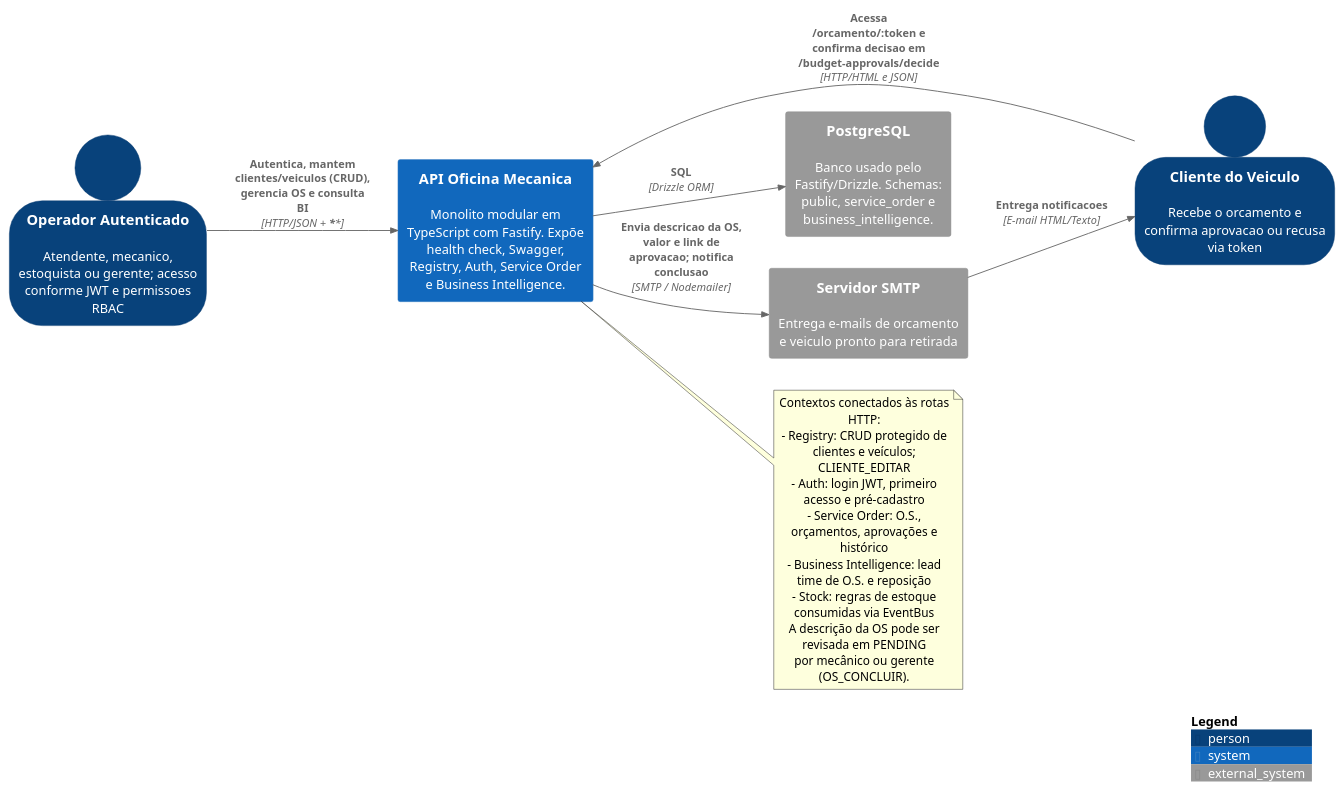
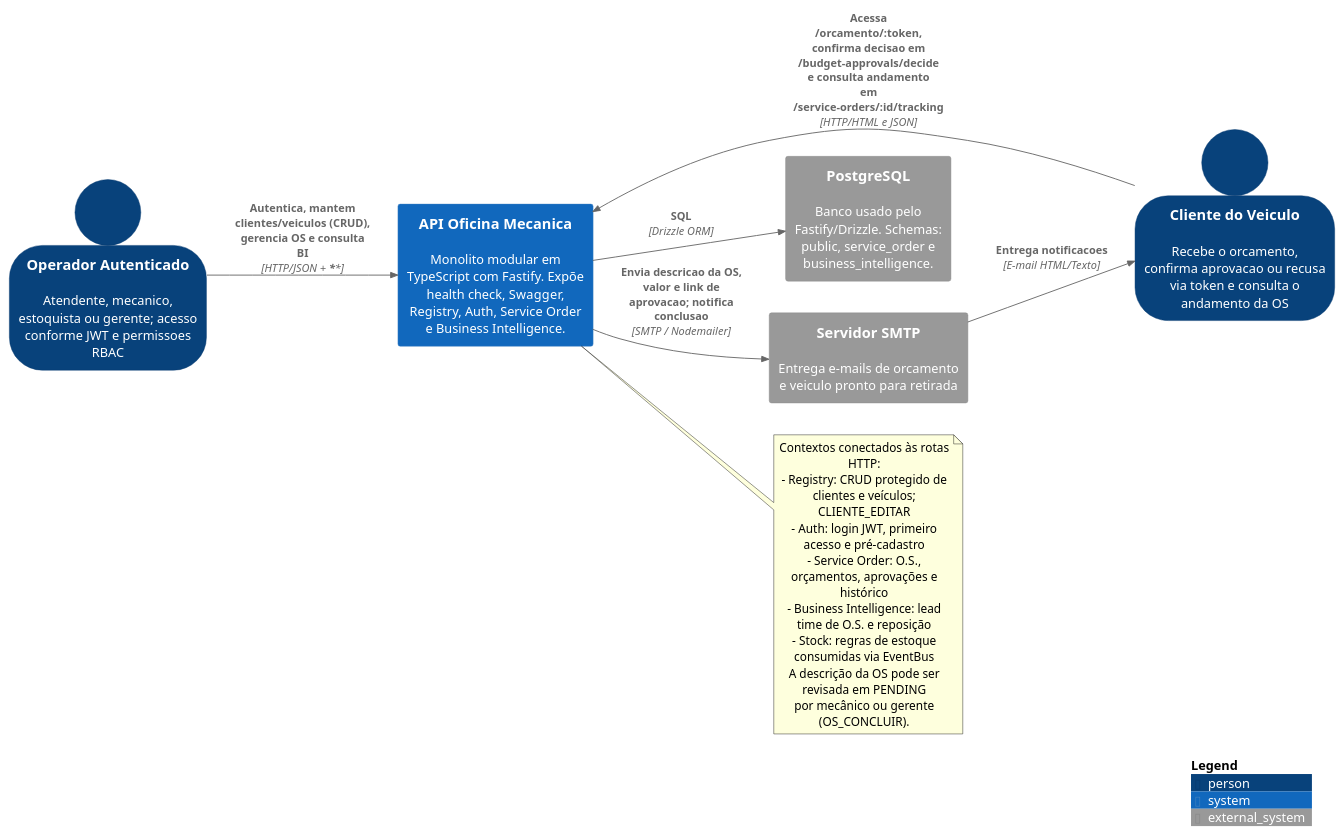
Before and after one commit to 15soat-fiap-45/api.mecanica: the diagram in docs/plantuml/c4-context.puml, drawn with PlantUML. The commit also changed 21 other files, not shown here.

First line of the commit message:
feat: permite ao cliente consultar o andamento da OS pela API

```diff
--- a/docs/plantuml/c4-context.puml
+++ b/docs/plantuml/c4-context.puml
@@ -1,30 +1,30 @@
 @startuml C4 Context - API Oficina Mecanica
 !include https://raw.githubusercontent.com/plantuml-stdlib/C4-PlantUML/master/C4_Context.puml
 LAYOUT_LEFT_RIGHT()
 SHOW_PERSON_OUTLINE()
 
 Person(operator, "Operador Autenticado", "Atendente, mecanico, estoquista ou gerente; acesso conforme JWT e permissoes RBAC")
-Person(customer, "Cliente do Veiculo", "Recebe o orcamento e confirma aprovacao ou recusa via token")
+Person(customer, "Cliente do Veiculo", "Recebe o orcamento, confirma aprovacao ou recusa via token e consulta o andamento da OS")
 System(api, "API Oficina Mecanica", "Monolito modular em TypeScript com Fastify. Expõe health check, Swagger, Registry, Auth, Service Order e Business Intelligence.")
 System_Ext(postgres, "PostgreSQL", "Banco usado pelo Fastify/Drizzle. Schemas: public, service_order e business_intelligence.")
 System_Ext(smtp, "Servidor SMTP", "Entrega e-mails de orcamento e veiculo pronto para retirada")
 
 Rel(operator, api, "Autentica, mantem clientes/veiculos (CRUD), gerencia OS e consulta BI", "HTTP/JSON + ******")
-Rel(customer, api, "Acessa /orcamento/:token e confirma decisao em /budget-approvals/decide", "HTTP/HTML e JSON")
+Rel(customer, api, "Acessa /orcamento/:token, confirma decisao em /budget-approvals/decide e consulta andamento em /service-orders/:id/tracking", "HTTP/HTML e JSON")
 Rel(api, postgres, "SQL", "Drizzle ORM")
 Rel(api, smtp, "Envia descricao da OS, valor e link de aprovacao; notifica conclusao", "SMTP / Nodemailer")
 Rel(smtp, customer, "Entrega notificacoes", "E-mail HTML/Texto")
 
 note right of api
     Contextos conectados às rotas HTTP:
     - Registry: CRUD protegido de clientes e veículos; CLIENTE_EDITAR
     - Auth: login JWT, primeiro acesso e pré-cadastro
     - Service Order: O.S., orçamentos, aprovações e histórico
     - Business Intelligence: lead time de O.S. e reposição
     - Stock: regras de estoque consumidas via EventBus
     A descrição da OS pode ser revisada em PENDING
     por mecânico ou gerente (OS_CONCLUIR).
 end note
 
 SHOW_LEGEND()
 @enduml
```
